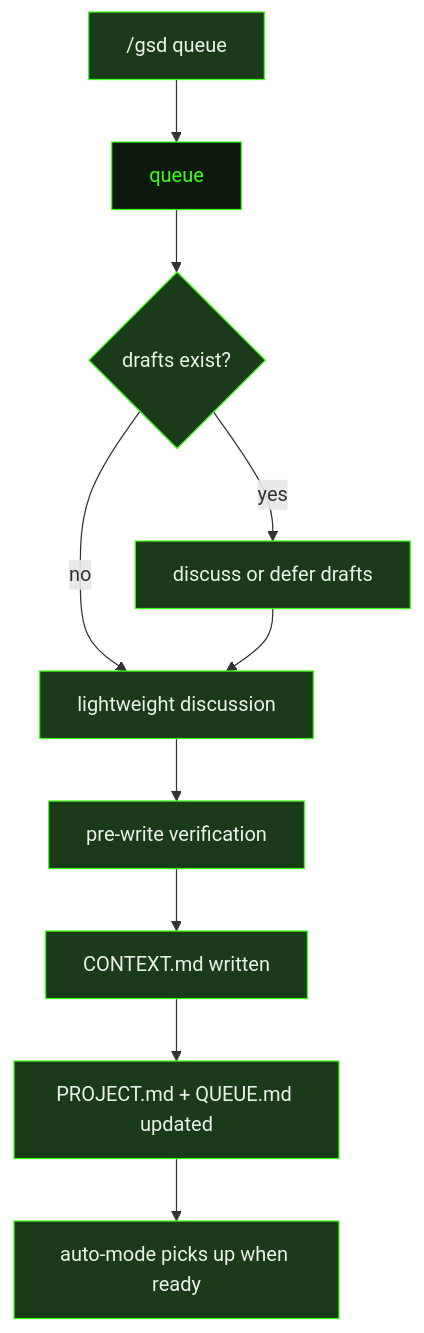
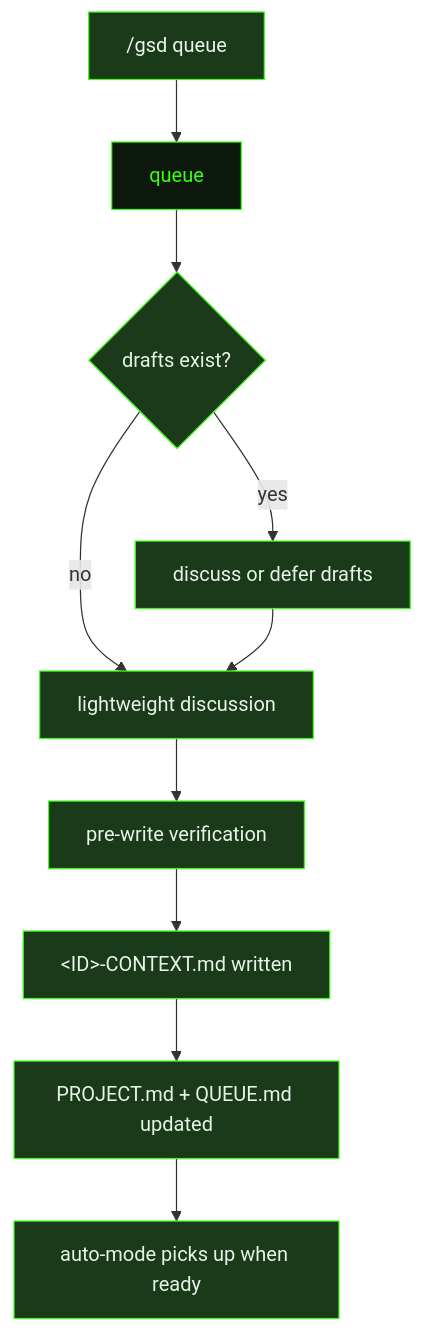
Before and after one commit to shusha-group/gsd2-guide: the diagram in src/content/docs/prompts/queue.mdx, drawn with Mermaid. The commit also changed other lines of this file and 63 other files, not shown here.

````diff
--- a/src/content/docs/prompts/queue.mdx
+++ b/src/content/docs/prompts/queue.mdx
@@ -22,22 +22,22 @@
 ```mermaid
 flowchart TD
     QueueCommand["/gsd queue"] --> QueuePrompt["queue"]
     QueuePrompt --> DraftCheck{"drafts exist?"}
     DraftCheck -->|"yes"| DraftDiscussion["discuss or defer drafts"]
     DraftCheck -->|"no"| Discussion["lightweight discussion"]
     DraftDiscussion --> Discussion
     Discussion --> PreWrite["pre-write verification"]
-    PreWrite --> ContextFile["CONTEXT.md written"]
+    PreWrite --> ContextFile["&lt;ID&gt;-CONTEXT.md written"]
     ContextFile --> ProjectUpdate["PROJECT.md + QUEUE.md updated"]
     ProjectUpdate --> AutoMode["auto-mode picks up when ready"]
 
     style QueuePrompt fill:#0d180d,stroke:#39ff14,color:#39ff14
     style QueueCommand fill:#1a3a1a,stroke:#39ff14,color:#e8f4e8
     style DraftCheck fill:#1a3a1a,stroke:#39ff14,color:#e8f4e8
     style DraftDiscussion fill:#1a3a1a,stroke:#39ff14,color:#e8f4e8
     style Discussion fill:#1a3a1a,stroke:#39ff14,color:#e8f4e8
     style PreWrite fill:#1a3a1a,stroke:#39ff14,color:#e8f4e8
     style ContextFile fill:#1a3a1a,stroke:#39ff14,color:#e8f4e8
     style ProjectUpdate fill:#1a3a1a,stroke:#39ff14,color:#e8f4e8
     style AutoMode fill:#1a3a1a,stroke:#39ff14,color:#e8f4e8
 ```
````
